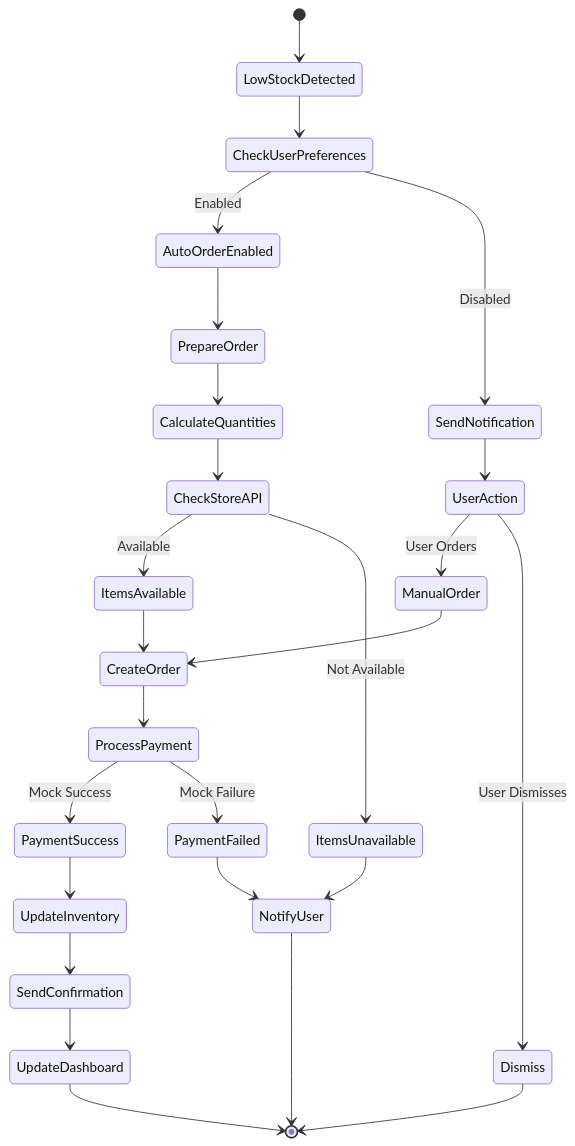
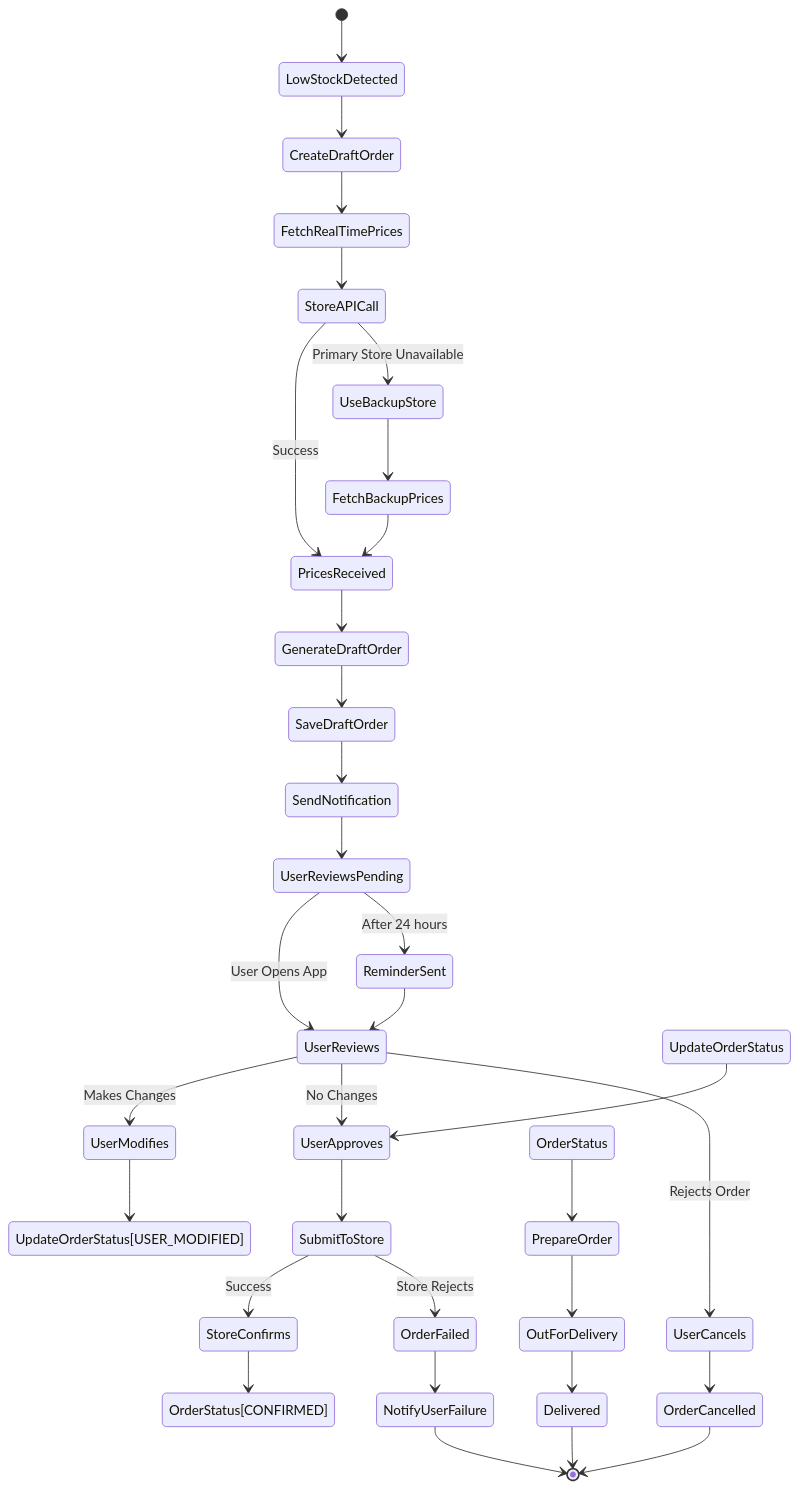
Before and after one commit to Software-Technical-Training/cursor-cluade4-project1: the fourth of 10 diagrams in docs/architecture/data-flow-diagrams.md, drawn with Mermaid. The commit also changed other lines of this file and 43 other files, not shown here.

First line of the commit message:
Phase 1 Complete: Draft Order Workflow, Store Management, and Architecture Updates

````diff
--- a/docs/architecture/data-flow-diagrams.md
+++ b/docs/architecture/data-flow-diagrams.md
@@ -196,33 +206,46 @@
 ```mermaid
 stateDiagram-v2
     [*] --> LowStockDetected
-    LowStockDetected --> CheckUserPreferences
-    CheckUserPreferences --> AutoOrderEnabled: Enabled
-    CheckUserPreferences --> SendNotification: Disabled
+    LowStockDetected --> CreateDraftOrder
     
-    AutoOrderEnabled --> PrepareOrder
-    PrepareOrder --> CalculateQuantities
-    CalculateQuantities --> CheckStoreAPI
-    CheckStoreAPI --> ItemsAvailable: Available
-    CheckStoreAPI --> ItemsUnavailable: Not Available
+    CreateDraftOrder --> FetchRealTimePrices
+    FetchRealTimePrices --> StoreAPICall
+    StoreAPICall --> PricesReceived: Success
+    StoreAPICall --> UseBackupStore: Primary Store Unavailable
     
-    ItemsAvailable --> CreateOrder
-    ItemsUnavailable --> NotifyUser
+    UseBackupStore --> FetchBackupPrices
+    FetchBackupPrices --> PricesReceived
     
-    CreateOrder --> ProcessPayment
-    ProcessPayment --> PaymentSuccess: Mock Success
-    ProcessPayment --> PaymentFailed: Mock Failure
+    PricesReceived --> GenerateDraftOrder
+    GenerateDraftOrder --> SaveDraftOrder
+    SaveDraftOrder --> SendNotification
     
-    PaymentSuccess --> UpdateInventory
-    UpdateInventory --> SendConfirmation
-    SendConfirmation --> UpdateDashboard
-    UpdateDashboard --> [*]
+    SendNotification --> UserReviewsPending
     
-    PaymentFailed --> NotifyUser
-    SendNotification --> UserAction
-    UserAction --> ManualOrder: User Orders
-    UserAction --> Dismiss: User Dismisses
-    ManualOrder --> CreateOrder
-    Dismiss --> [*]
-    NotifyUser --> [*]
+    UserReviewsPending --> UserReviews: User Opens App
+    UserReviewsPending --> ReminderSent: After 24 hours
+    ReminderSent --> UserReviews
+    
+    UserReviews --> UserModifies: Makes Changes
+    UserReviews --> UserApproves: No Changes
+    UserReviews --> UserCancels: Rejects Order
+    
+    UserModifies --> UpdateOrderStatus[USER_MODIFIED]
+    UpdateOrderStatus --> UserApproves
+    
+    UserApproves --> SubmitToStore
+    SubmitToStore --> StoreConfirms: Success
+    SubmitToStore --> OrderFailed: Store Rejects
+    
+    StoreConfirms --> OrderStatus[CONFIRMED]
+    OrderStatus --> PrepareOrder
+    PrepareOrder --> OutForDelivery
+    OutForDelivery --> Delivered
+    Delivered --> [*]
+    
+    OrderFailed --> NotifyUserFailure
+    NotifyUserFailure --> [*]
+    
+    UserCancels --> OrderCancelled
+    OrderCancelled --> [*]
 ```
````
